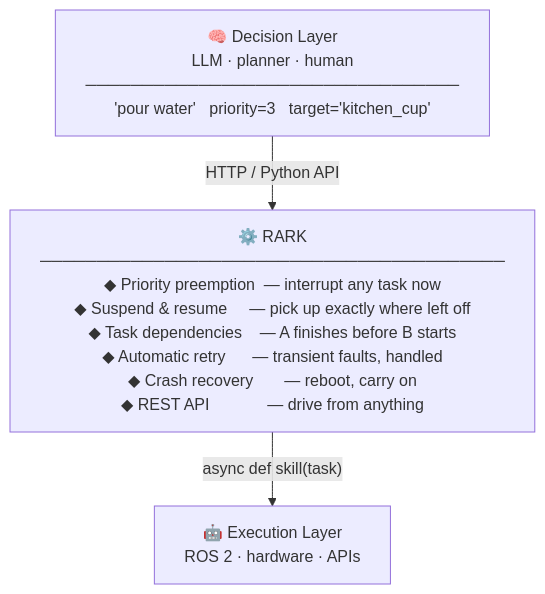
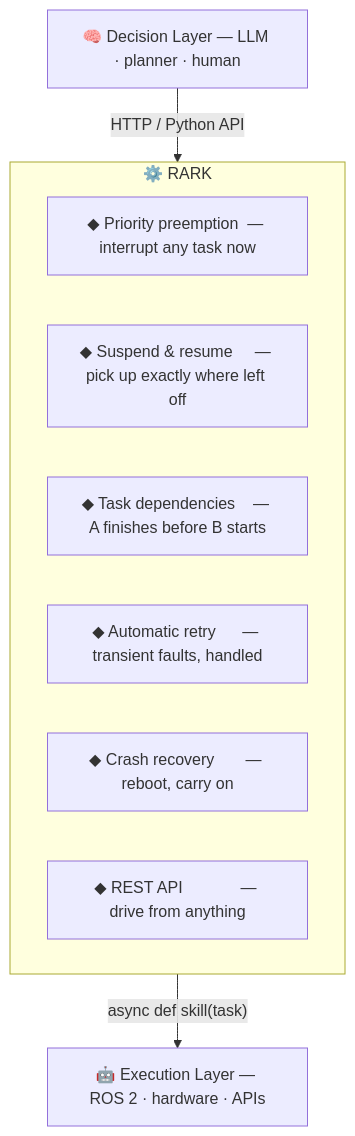
Before and after one commit to cidxb/robot-agent-runtime-kernel: the first of 3 diagrams in README.md, drawn with Mermaid.

Commit message:
docs(readme): fix Mermaid architecture diagram — use subgraph instead of multiline node text

````diff
--- a/README.md
+++ b/README.md
@@ -38,9 +38,18 @@
 ```mermaid
 flowchart TB
-    DL["🧠 Decision Layer\nLLM · planner · human\n─────────────────────────────────\n'pour water'   priority=3   target='kitchen_cup'"]
-    RK["⚙️ RARK\n─────────────────────────────────────────\n◆ Priority preemption  — interrupt any task now\n◆ Suspend & resume     — pick up exactly where left off\n◆ Task dependencies    — A finishes before B starts\n◆ Automatic retry      — transient faults, handled\n◆ Crash recovery       — reboot, carry on\n◆ REST API             — drive from anything"]
-    EL["🤖 Execution Layer\nROS 2 · hardware · APIs"]
+    DL["🧠 Decision Layer — LLM · planner · human"]
 
-    DL -->|"HTTP / Python API"| RK
-    RK -->|"async def skill(task)"| EL
+    subgraph RARK["⚙️  RARK"]
+        f1["◆ Priority preemption  — interrupt any task now"]
+        f2["◆ Suspend & resume     — pick up exactly where left off"]
+        f3["◆ Task dependencies    — A finishes before B starts"]
+        f4["◆ Automatic retry      — transient faults, handled"]
+        f5["◆ Crash recovery       — reboot, carry on"]
+        f6["◆ REST API             — drive from anything"]
+    end
+
+    EL["🤖 Execution Layer — ROS 2 · hardware · APIs"]
+
+    DL -->|"HTTP / Python API"| RARK
+    RARK -->|"async def skill(task)"| EL
 ```
````
